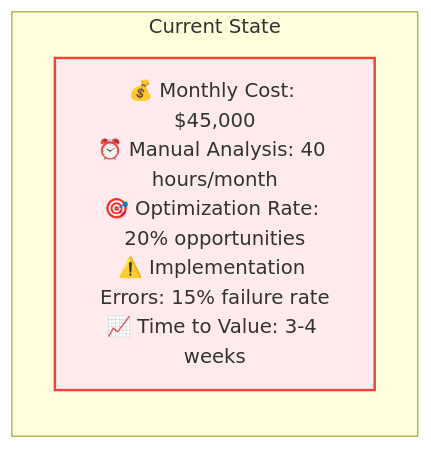
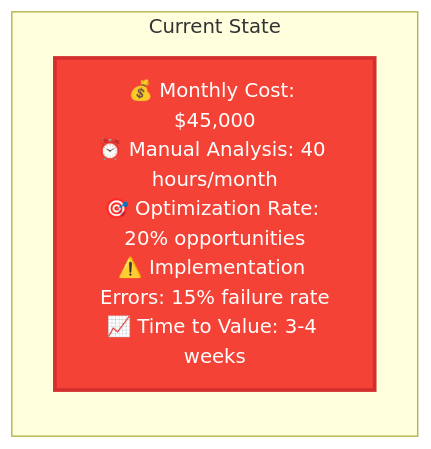
The second of 7 diagrams in README.md (yashshah-dev/cloud-cost-optimizer), drawn with Mermaid before and after one commit. The commit also changed other lines of this file, not shown here.

First line of the commit message:
Fix Mermaid diagram colors for better text visibility

````diff
--- a/README.md
+++ b/README.md
@@ -114,8 +114,8 @@
 ```mermaid
 graph LR
     subgraph "Current State"
         A["💰 Monthly Cost: $45,000<br/>⏰ Manual Analysis: 40 hours/month<br/>🎯 Optimization Rate: 20% opportunities<br/>⚠️ Implementation Errors: 15% failure rate<br/>📈 Time to Value: 3-4 weeks"]
     end
     
-    style A fill:#ffebee,stroke:#f44336,stroke-width:2px
+    style A fill:#F44336,stroke:#D32F2F,stroke-width:3px,color:#FFF
 ```
````
